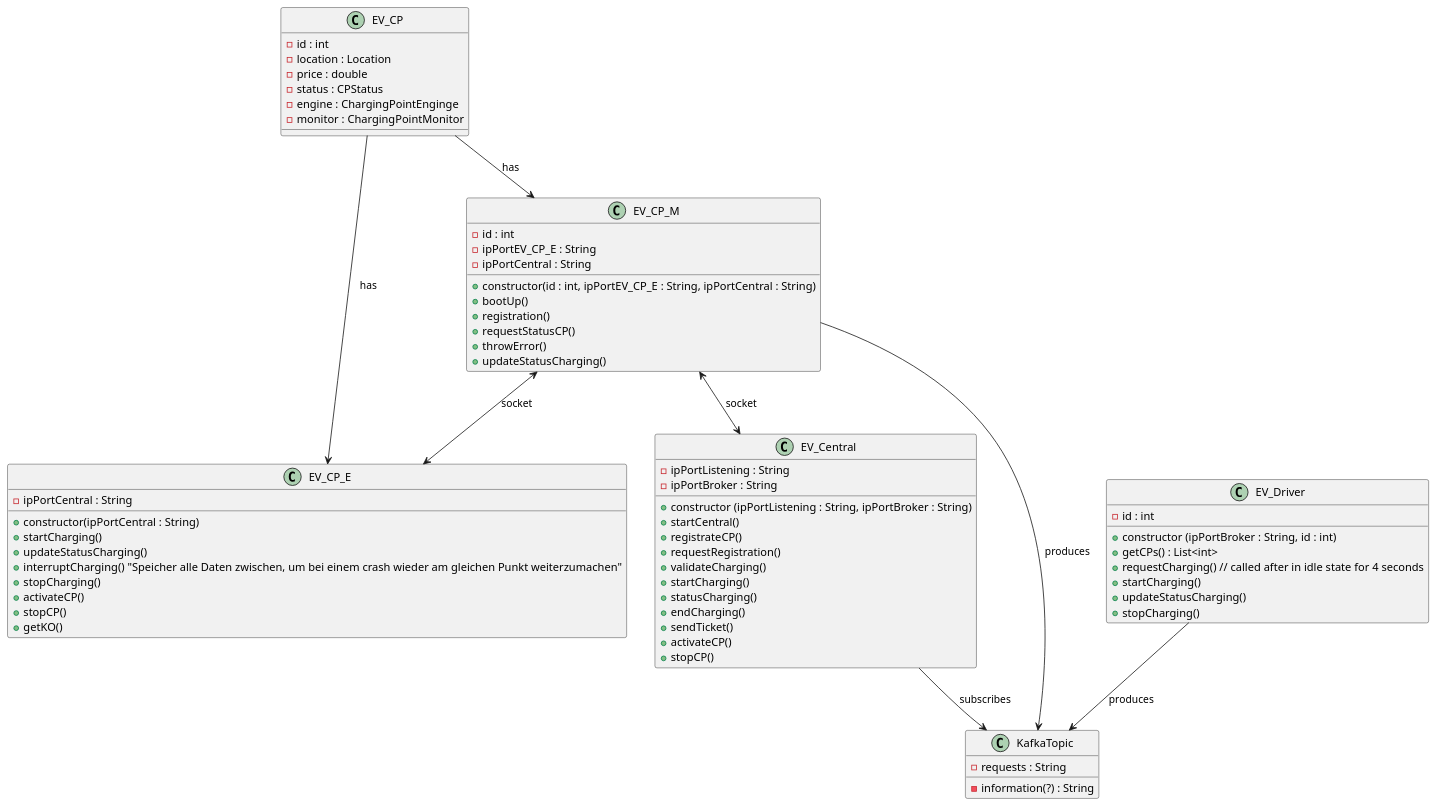
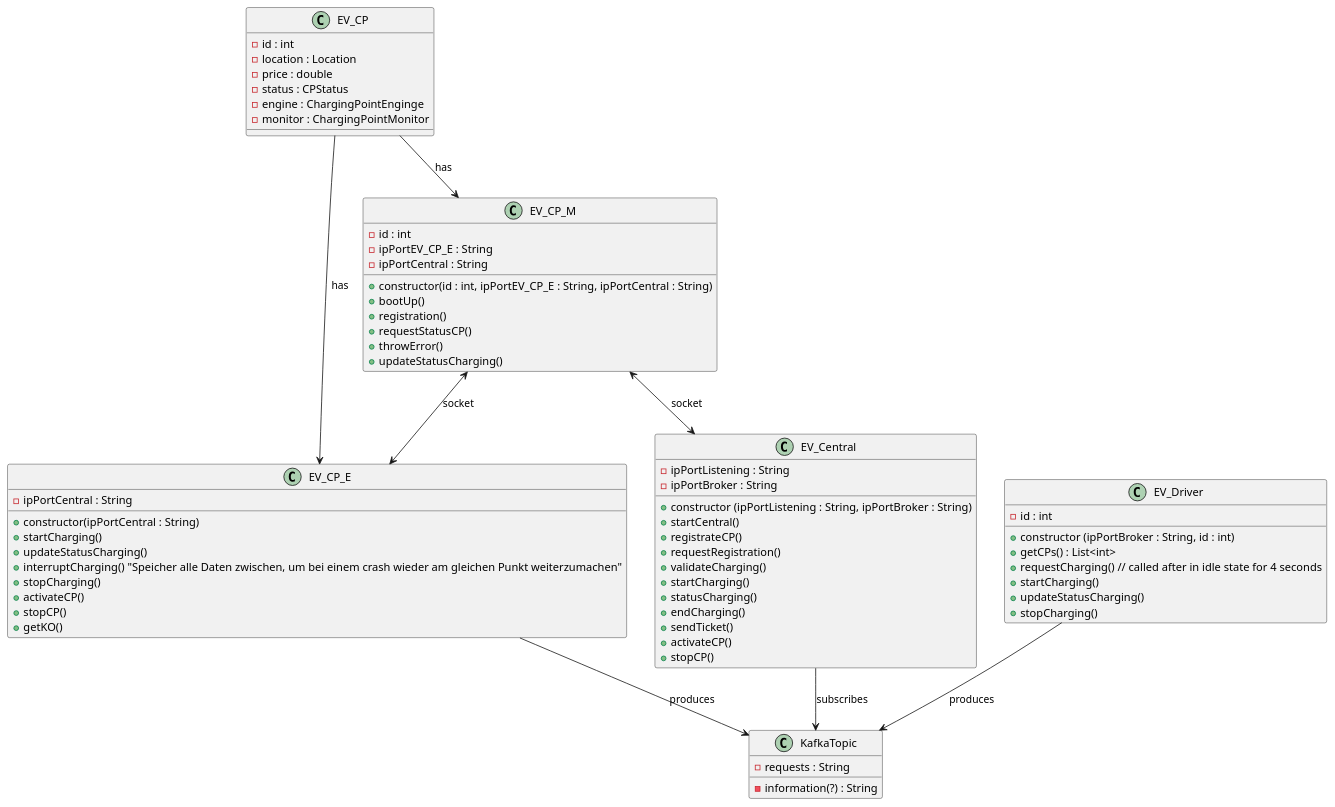
Before and after one commit to Jowa24/Sistemas_distribuidos: the diagram in kafka_2.13-4.1.0/classDiagram.puml, drawn with PlantUML. The commit also changed 2 other files, not shown here.

```diff
--- a/kafka_2.13-4.1.0/classDiagram.puml
+++ b/kafka_2.13-4.1.0/classDiagram.puml
@@ -1,79 +1,79 @@
 @startuml 
 class EV_Central {
     - ipPortListening : String
     - ipPortBroker : String
     + constructor (ipPortListening : String, ipPortBroker : String)
     + startCentral()
     + registrateCP()
     + requestRegistration()
     + validateCharging() 
     + startCharging()
     + statusCharging()
     + endCharging()
     + sendTicket()
     + activateCP()
     + stopCP()
 }
 
 
 class EV_CP {
     - id : int
     - location : Location
     - price : double
     - status : CPStatus
     - engine : ChargingPointEnginge
     - monitor : ChargingPointMonitor
 }
 
 class EV_CP_E {
     - ipPortCentral : String
     + constructor(ipPortCentral : String)
     + startCharging()
     + updateStatusCharging()
     + interruptCharging() "Speicher alle Daten zwischen, um bei einem crash wieder am gleichen Punkt weiterzumachen"
     + stopCharging()
     + activateCP()
     + stopCP()
     + getKO()
 }
 
 class EV_CP_M {
     - id : int
     - ipPortEV_CP_E : String
     - ipPortCentral : String
     + constructor(id : int, ipPortEV_CP_E : String, ipPortCentral : String)
     + bootUp()
     + registration()
     + requestStatusCP()
     + throwError()
     + updateStatusCharging()
 }
 
 class EV_Driver {
     - id : int
     + constructor (ipPortBroker : String, id : int)
     + getCPs() : List<int>
     + requestCharging() // called after in idle state for 4 seconds
     + startCharging() 
     + updateStatusCharging()
     + stopCharging()
 }
 
 class KafkaTopic {
     - requests : String
     - information(?) : String
 }
 
 
 EV_Central--> KafkaTopic : subscribes
-EV_CP_M --> KafkaTopic  : produces
+EV_CP_E --> KafkaTopic  : produces
 EV_Driver --> KafkaTopic : produces
 
 EV_CP --> EV_CP_E : has
 EV_CP --> EV_CP_M : has
 
 EV_CP_M <--> EV_CP_E : socket
 EV_CP_M <--> EV_Central : socket
 
 
 @enduml
```
